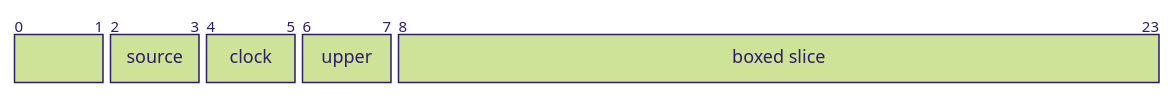
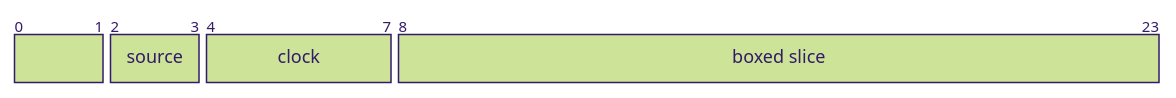
Before and after one commit to bwoods/Architecture: the third of 3 diagrams in examples/foundations/text/storage/pos/README.md, drawn with Mermaid (forest theme). The commit also changed other lines of this file and 4 other files, not shown here.

````diff
--- a/examples/foundations/text/storage/pos/README.md
+++ b/examples/foundations/text/storage/pos/README.md
@@ -54,8 +52,8 @@
 ```mermaid
 packet
     +2: ""
     +2: "source"
-    +2: "clock"
-    +2: "upper"
+    +4: "clock"
+
     +16: "boxed slice"
 ```
````
